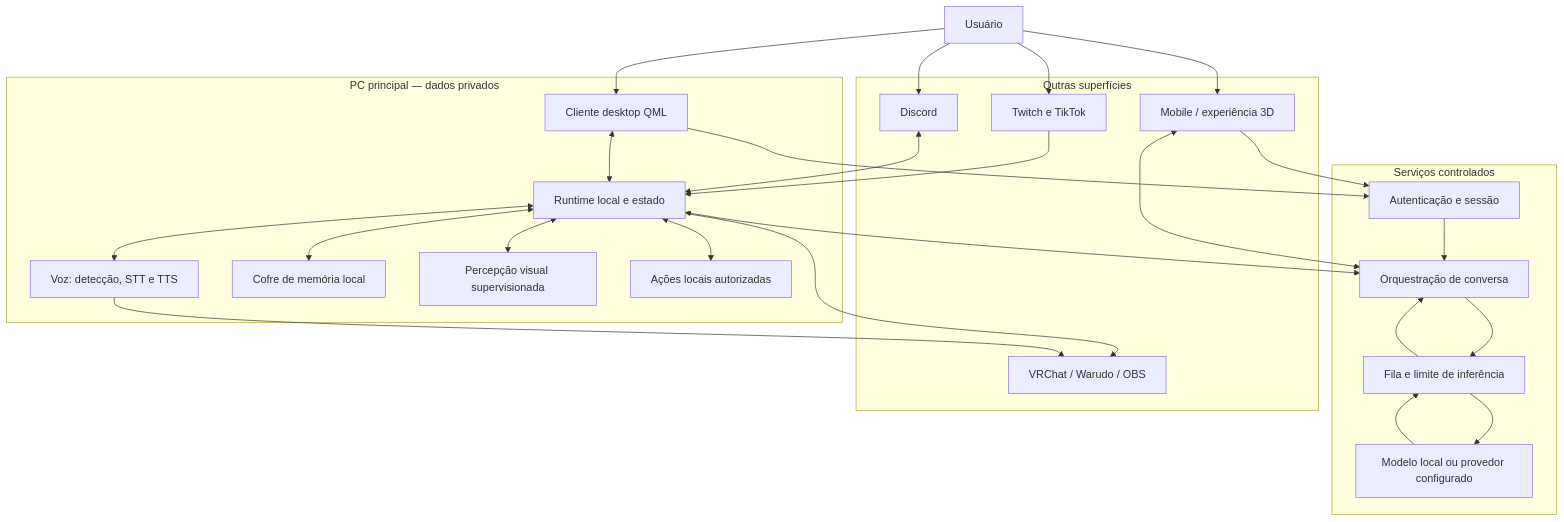
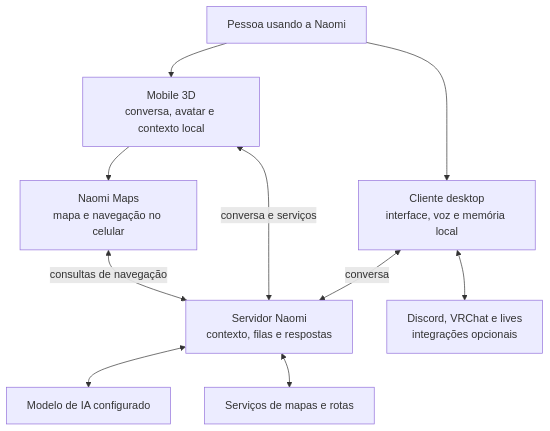
Before and after one commit to RyzenFox/naomi-ai-public: the diagram in README.md, drawn with Mermaid. The commit also changed other lines of this file and 8 other files, not shown here.

Commit message:
docs: apresentar servidor cliente Mobile 3D e Maps (#3)

````diff
--- a/README.md
+++ b/README.md
@@ -69,54 +42,20 @@
 ```mermaid
 flowchart TB
-    USER["Usuário"]
-
-    subgraph PC["PC principal — dados privados"]
-        UI["Cliente desktop QML"]
-        RUNTIME["Runtime local e estado"]
-        VOICE["Voz: detecção, STT e TTS"]
-        MEMORY["Cofre de memória local"]
-        VISION["Percepção visual supervisionada"]
-        ACTIONS["Ações locais autorizadas"]
-    end
-
-    subgraph SERVICES["Serviços controlados"]
-        AUTH["Autenticação e sessão"]
-        SERVER["Orquestração de conversa"]
-        GATE["Fila e limite de inferência"]
-        MODEL["Modelo local ou provedor configurado"]
-    end
-
-    subgraph SURFACES["Outras superfícies"]
-        MOBILE["Mobile / experiência 3D"]
-        LIVE["Twitch e TikTok"]
-        SOCIAL["Discord"]
-        AVATAR["VRChat / Warudo / OBS"]
-    end
-
-    USER --> UI
+    USER["Pessoa usando a Naomi"]
+    DESKTOP["Cliente desktop<br/>interface, voz e memória local"]
+    MOBILE["Mobile 3D<br/>conversa, avatar e contexto local"]
+    MAPS["Naomi Maps<br/>mapa e navegação no celular"]
+    SERVER["Servidor Naomi<br/>contexto, filas e respostas"]
+    MODEL["Modelo de IA configurado"]
+    GEO["Serviços de mapas e rotas"]
+    INTEGRATIONS["Discord, VRChat e lives<br/>integrações opcionais"]
+    USER --> DESKTOP
     USER --> MOBILE
-    USER --> LIVE
-    USER --> SOCIAL
-
-    UI <--> RUNTIME
-    RUNTIME <--> VOICE
-    RUNTIME <--> MEMORY
-    RUNTIME <--> VISION
-    RUNTIME <--> ACTIONS
-
-    UI --> AUTH
-    MOBILE --> AUTH
-    AUTH --> SERVER
-    RUNTIME <--> SERVER
-    MOBILE <--> SERVER
-    LIVE --> RUNTIME
-    SOCIAL <--> RUNTIME
-
-    SERVER --> GATE
-    GATE --> MODEL
-    MODEL --> GATE
-    GATE --> SERVER
-
-    RUNTIME --> AVATAR
-    VOICE --> AVATAR
+    MOBILE --> MAPS
+    DESKTOP <-->|"conversa"| SERVER
+    MOBILE <-->|"conversa e serviços"| SERVER
+    MAPS <-->|"consultas de navegação"| SERVER
+    SERVER <--> MODEL
+    SERVER <--> GEO
+    DESKTOP <--> INTEGRATIONS
 ```
````
